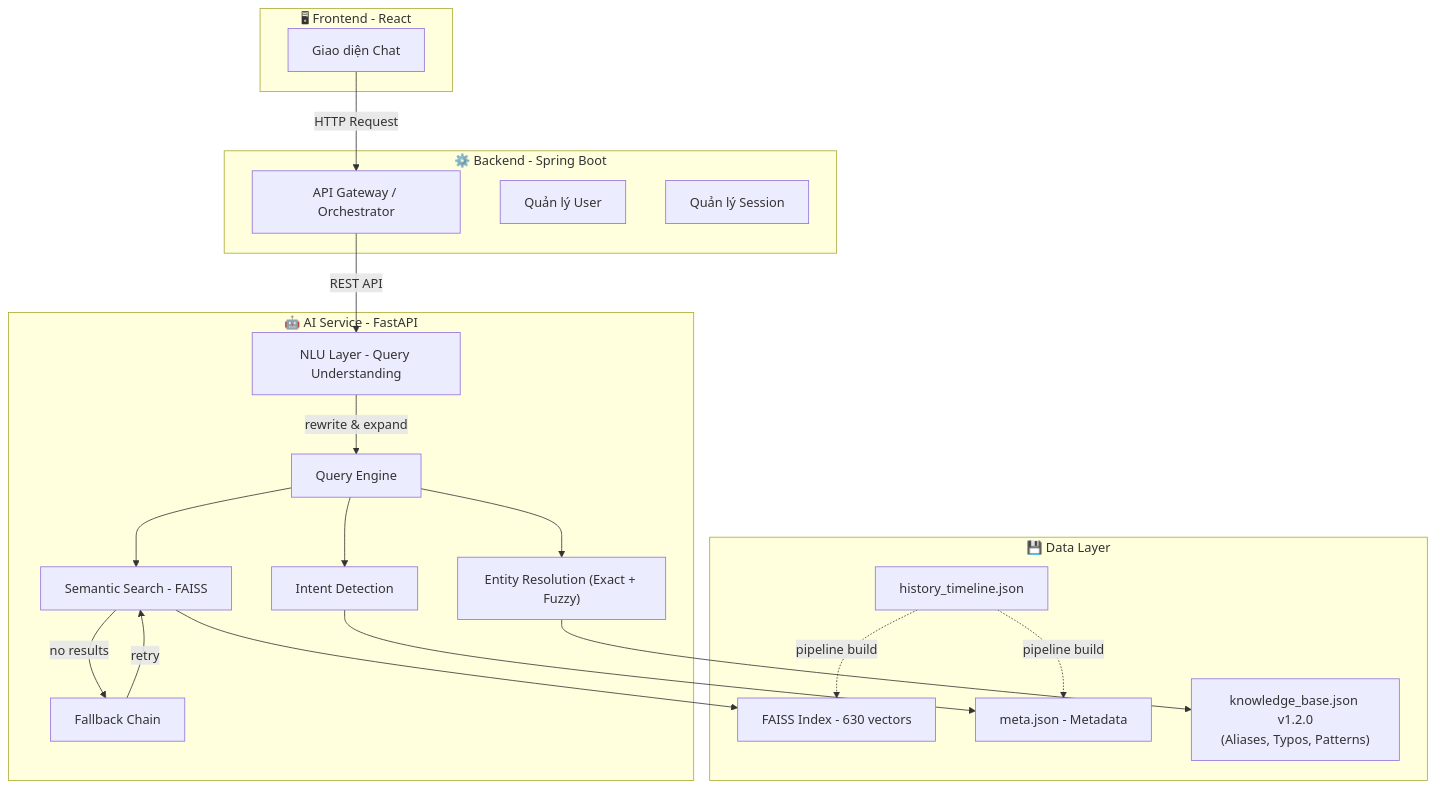
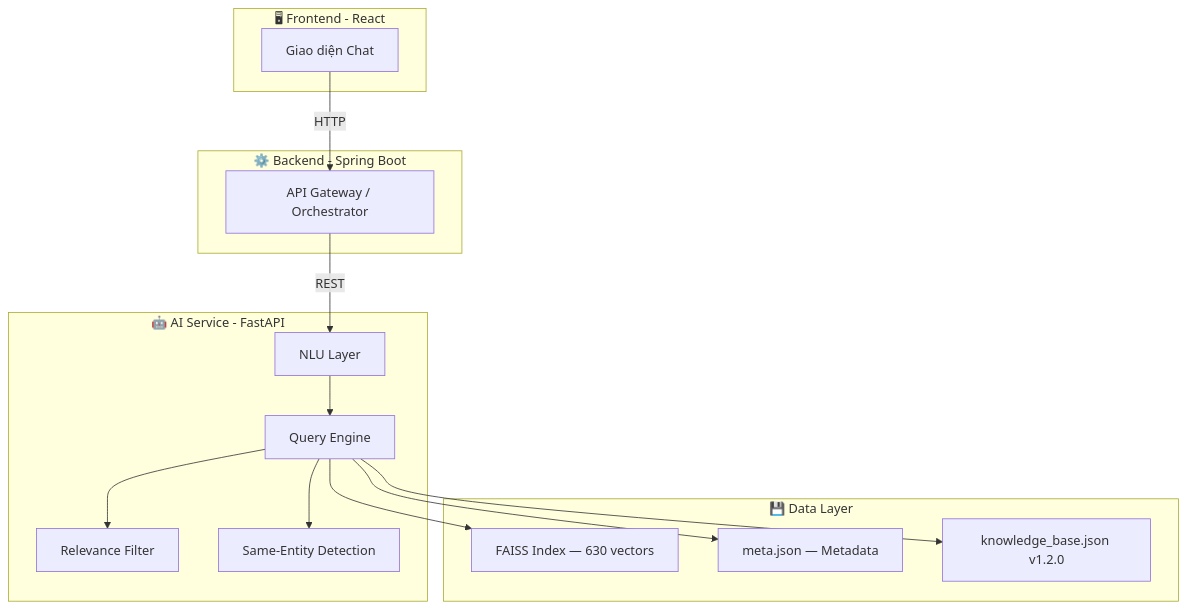
Before and after one commit to HistoryMindAI/vietnam_history_dataset: the first of 3 diagrams in README.md, drawn with Mermaid. The commit also changed other lines of this file, not shown here.

Commit message:
docs: rewrite README with same-entity conditional + relevance filter docs

````diff
--- a/README.md
+++ b/README.md
@@ -9,40 +7,30 @@
 ```mermaid
 graph TD
     subgraph "🖥 Frontend - React"
         A["Giao diện Chat"]
     end
 
     subgraph "⚙️ Backend - Spring Boot"
         B["API Gateway / Orchestrator"]
-        B1["Quản lý User"]
-        B2["Quản lý Session"]
     end
 
     subgraph "🤖 AI Service - FastAPI"
-        NLU["NLU Layer - Query Understanding"]
-        C["Query Engine"]
-        C1["Semantic Search - FAISS"]
-        C2["Entity Resolution (Exact + Fuzzy)"]
-        C3["Intent Detection"]
-        C4["Fallback Chain"]
+        NLU["NLU Layer"]
+        ENGINE["Query Engine"]
+        FILTER["Relevance Filter"]
+        SAME["Same-Entity Detection"]
     end
 
     subgraph "💾 Data Layer"
-        D1["FAISS Index - 630 vectors"]
-        D2["meta.json - Metadata"]
-        D3["knowledge_base.json v1.2.0<br/>(Aliases, Typos, Patterns)"]
-        D4["history_timeline.json"]
+        D1["FAISS Index — 630 vectors"]
+        D2["meta.json — Metadata"]
+        D3["knowledge_base.json v1.2.0"]
     end
 
-    A -- "HTTP Request" --> B
-    B -- "REST API" --> NLU
-    NLU -- "rewrite & expand" --> C
-    C --> C1 & C2 & C3
-    C1 --> D1
-    C2 --> D3
-    C3 --> D2
-    C1 -- "no results" --> C4
-    C4 -- "retry" --> C1
-    D4 -. "pipeline build" .-> D1
-    D4 -. "pipeline build" .-> D2
+    A -- "HTTP" --> B
+    B -- "REST" --> NLU
+    NLU --> ENGINE
+    ENGINE --> FILTER
+    ENGINE --> SAME
+    ENGINE --> D1 & D2 & D3
 ```
````
